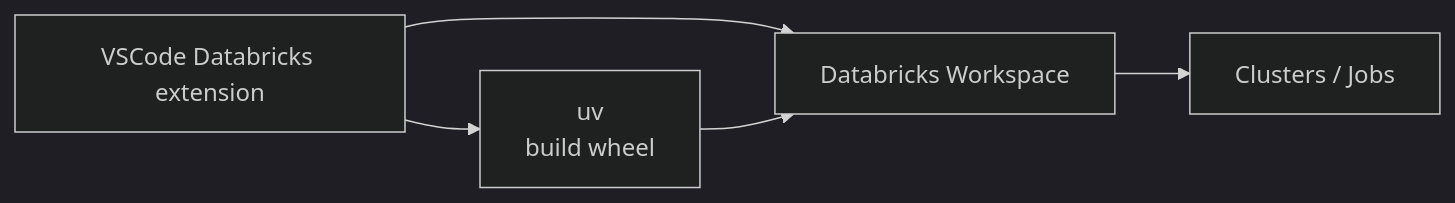
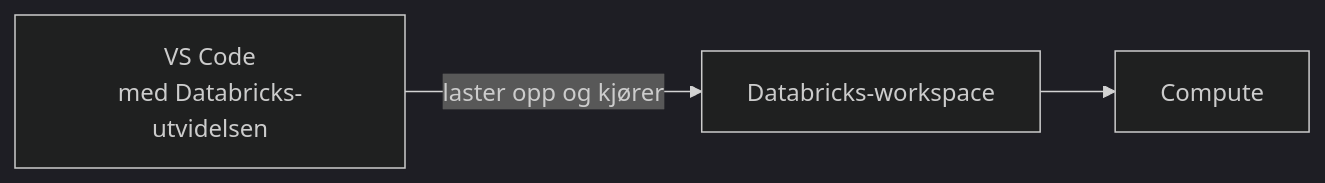
One commit to oslokommune/padda-golden-path changed the diagram in docs/kom-i-gang/koble-vscode-til-databricks.md. Above: the diagram before and after it, drawn with Mermaid (dark theme). The commit also changed other lines of this file and 8 other files, not shown here.

````diff
--- a/docs/kom-i-gang/koble-vscode-til-databricks.md
+++ b/docs/kom-i-gang/koble-vscode-til-databricks.md
@@ -42,7 +21,5 @@
 ```mermaid
 flowchart LR
-  A[VSCode Databricks extension] --> B[Databricks Workspace]
-  A --> C[uv <br/>build wheel]
-  C --> B
-  B --> E[Clusters / Jobs]
+    A[VS Code<br/>med Databricks-utvidelsen] -->|laster opp og kjører| B[Databricks-workspace]
+    B --> C[Compute]
 ```
````
